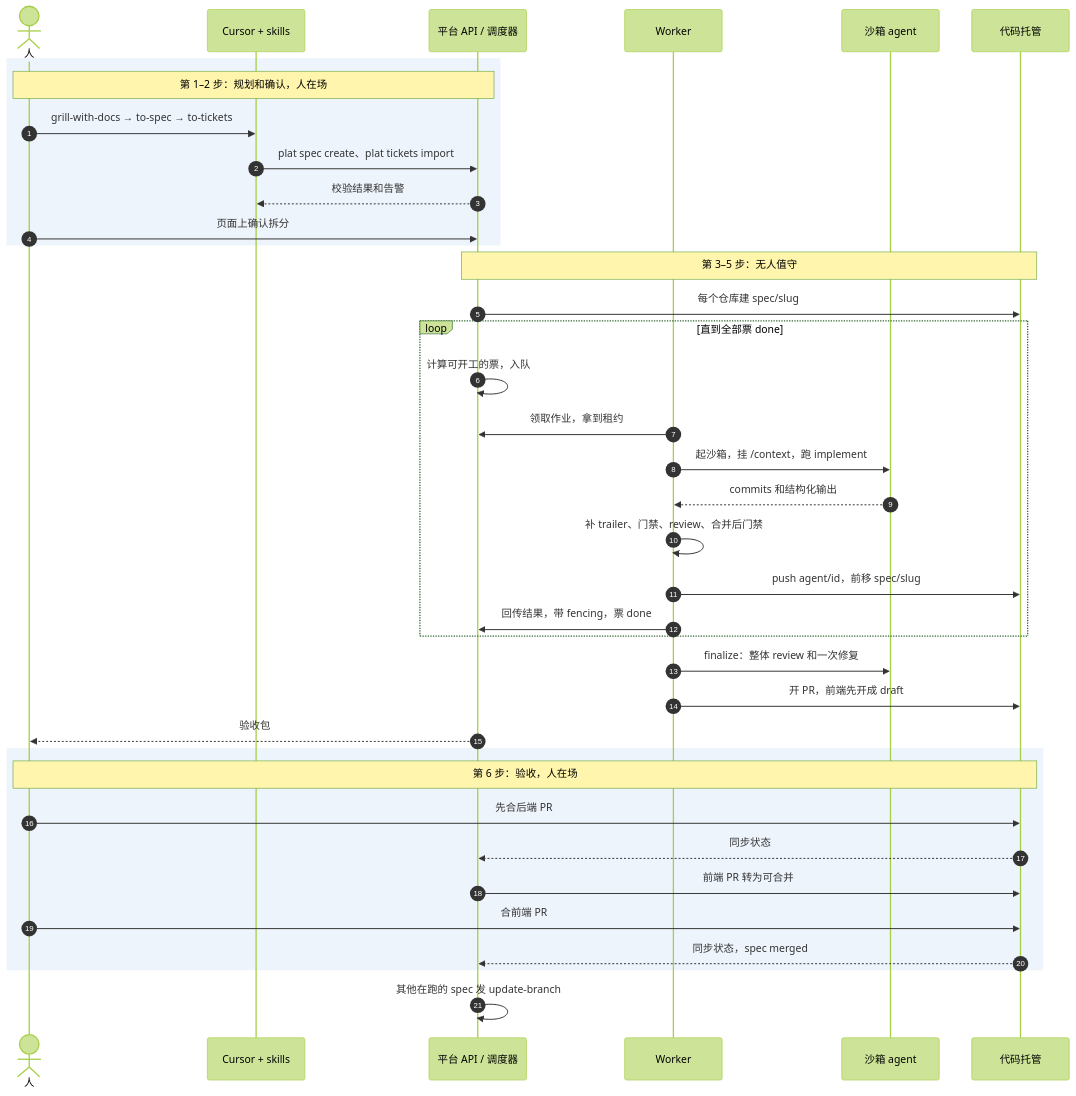
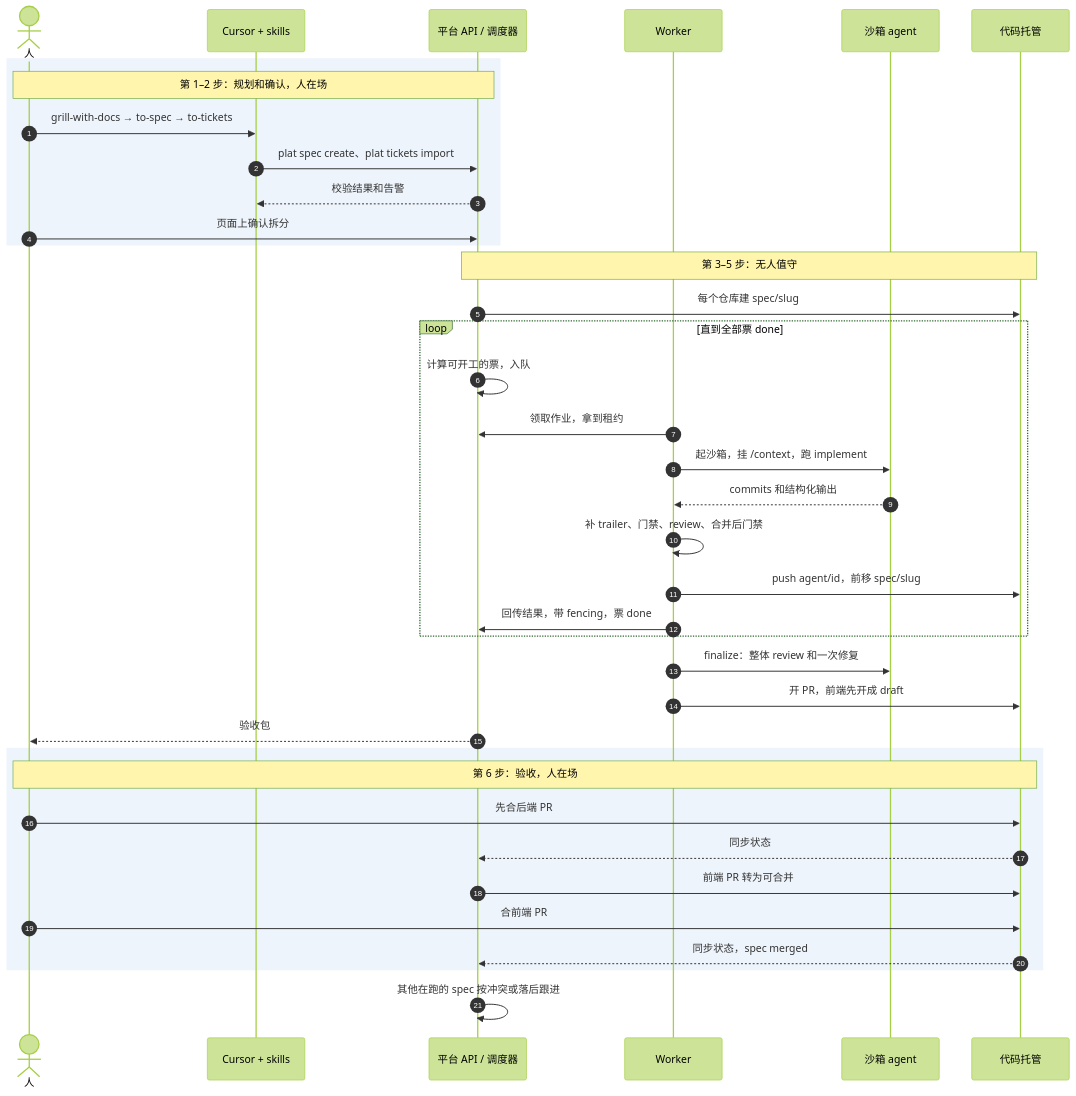
One commit to xxh171015/afk-platform changed the ninth of 24 diagrams in docs/design.md. Above: the diagram before and after it, drawn with Mermaid (forest theme). The commit also changed other lines of this file and 11 other files, not shown here.

````diff
--- a/docs/design.md
+++ b/docs/design.md
@@ -518,43 +518,43 @@
 ```mermaid
 sequenceDiagram
     autonumber
     actor H as 人
     participant C as Cursor + skills
     participant A as 平台 API / 调度器
     participant W as Worker
     participant S as 沙箱 agent
     participant G as 代码托管
 
     rect rgba(47, 111, 214, 0.08)
     note over H,A: 第 1–2 步：规划和确认，人在场
     H->>C: grill-with-docs → to-spec → to-tickets
     C->>A: plat spec create、plat tickets import
     A-->>C: 校验结果和告警
     H->>A: 页面上确认拆分
     end
 
     note over A,G: 第 3–5 步：无人值守
     A->>G: 每个仓库建 spec/slug
     loop 直到全部票 done
         A->>A: 计算可开工的票，入队
         W->>A: 领取作业，拿到租约
         W->>S: 起沙箱，挂 /context，跑 implement
         S-->>W: commits 和结构化输出
         W->>W: 补 trailer、门禁、review、合并后门禁
         W->>G: push agent/id，前移 spec/slug
         W->>A: 回传结果，带 fencing，票 done
     end
     W->>S: finalize：整体 review 和一次修复
     W->>G: 开 PR，前端先开成 draft
     A-->>H: 验收包
 
     rect rgba(47, 111, 214, 0.08)
     note over H,G: 第 6 步：验收，人在场
     H->>G: 先合后端 PR
     G-->>A: 同步状态
     A->>G: 前端 PR 转为可合并
     H->>G: 合前端 PR
     G-->>A: 同步状态，spec merged
     end
-    A->>A: 其他在跑的 spec 发 update-branch
+    A->>A: 其他在跑的 spec 按冲突或落后跟进
 ```
````
